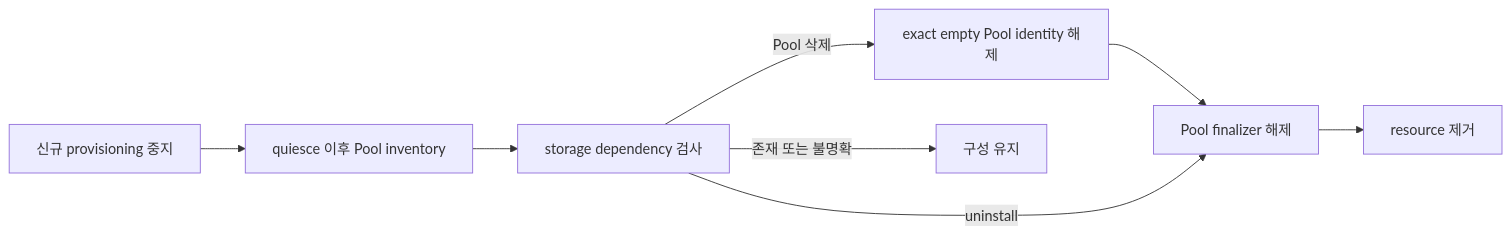
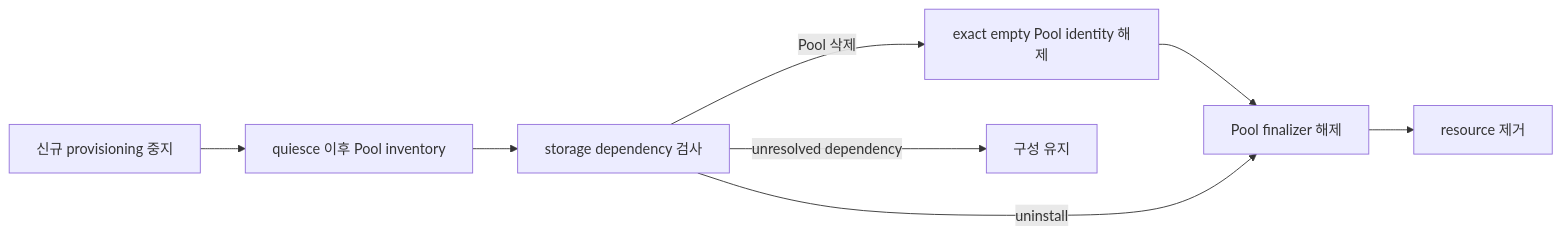
The diagram in docs/adr/0011-fail-closed-uninstall-guard.md (cagojeiger/ShiftPV), drawn with Mermaid before and after one commit. The commit also changed other lines of this file and 121 other files, not shown here.

````diff
--- a/docs/adr/0011-fail-closed-uninstall-guard.md
+++ b/docs/adr/0011-fail-closed-uninstall-guard.md
@@ -14,10 +15,10 @@
 ```mermaid
 flowchart LR
     STOP[신규 provisioning 중지] --> OBSERVE[quiesce 이후 Pool inventory]
     OBSERVE --> CHECK[storage dependency 검사]
     CHECK -->|Pool 삭제| ID[exact empty Pool identity 해제]
     ID --> RELEASE[Pool finalizer 해제]
     CHECK -->|uninstall| RELEASE
     RELEASE --> DELETE[resource 제거]
-    CHECK -->|존재 또는 불명확| HOLD[구성 유지]
+    CHECK -->|unresolved dependency| HOLD[구성 유지]
 ```
````
